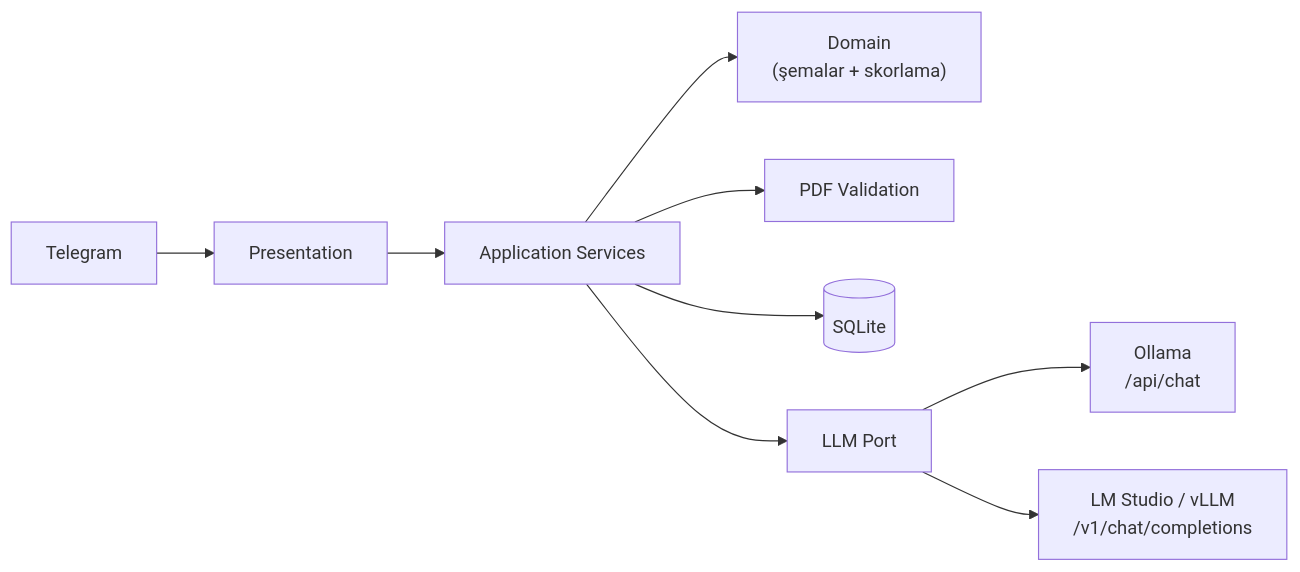
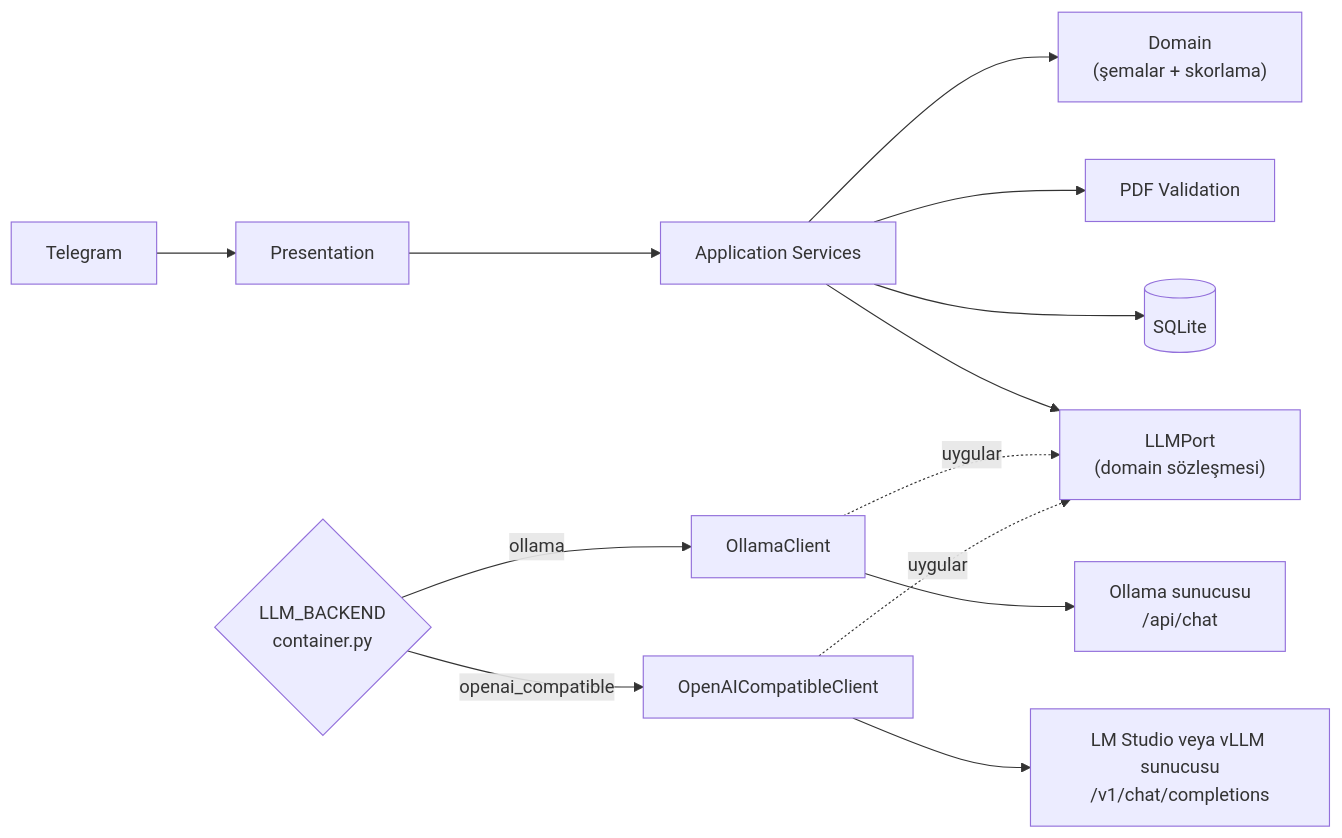
The diagram in README.md (semihbugrasezer/sisoft-project), drawn with Mermaid before and after one commit. The commit also changed other lines of this file and 1 other file, not shown here.

Commit message:
docs: clarify LLM integration architecture

````diff
--- a/README.md
+++ b/README.md
@@ -47,11 +51,16 @@
 ```mermaid
 flowchart LR
     TG[Telegram] --> P[Presentation]
     P --> A[Application Services]
     A --> D["Domain<br/>(şemalar + skorlama)"]
     A --> PDF[PDF Validation]
     A --> DB[(SQLite)]
-    A --> LLM[LLM Port]
-    LLM --> O["Ollama<br/>/api/chat"]
-    LLM --> C["LM Studio / vLLM<br/>/v1/chat/completions"]
+    A --> PORT["LLMPort<br/>(domain sözleşmesi)"]
+
+    CFG{"LLM_BACKEND<br/>container.py"} -->|ollama| OC[OllamaClient]
+    CFG -->|openai_compatible| OAC[OpenAICompatibleClient]
+    OC -. uygular .-> PORT
+    OAC -. uygular .-> PORT
+    OC --> O["Ollama sunucusu<br/>/api/chat"]
+    OAC --> C["LM Studio veya vLLM sunucusu<br/>/v1/chat/completions"]
 ```
````
